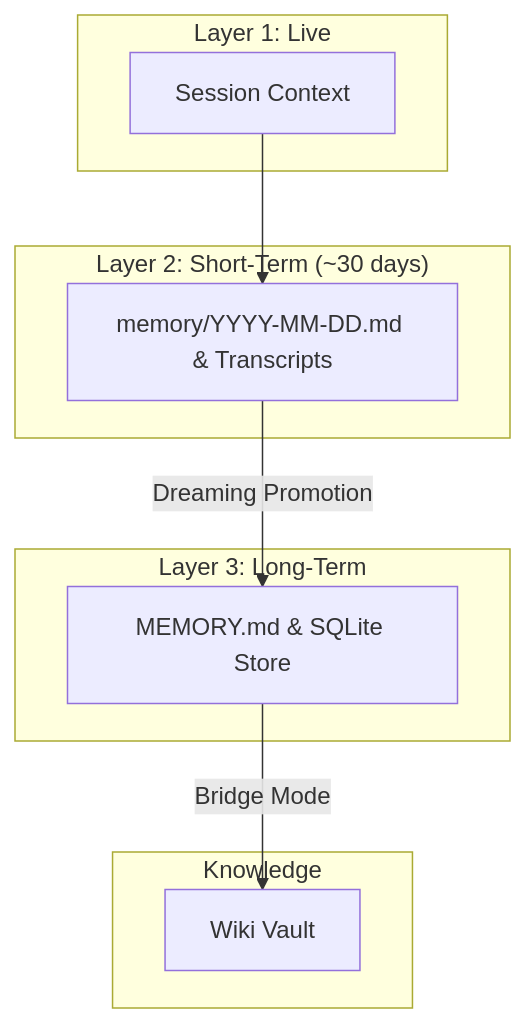
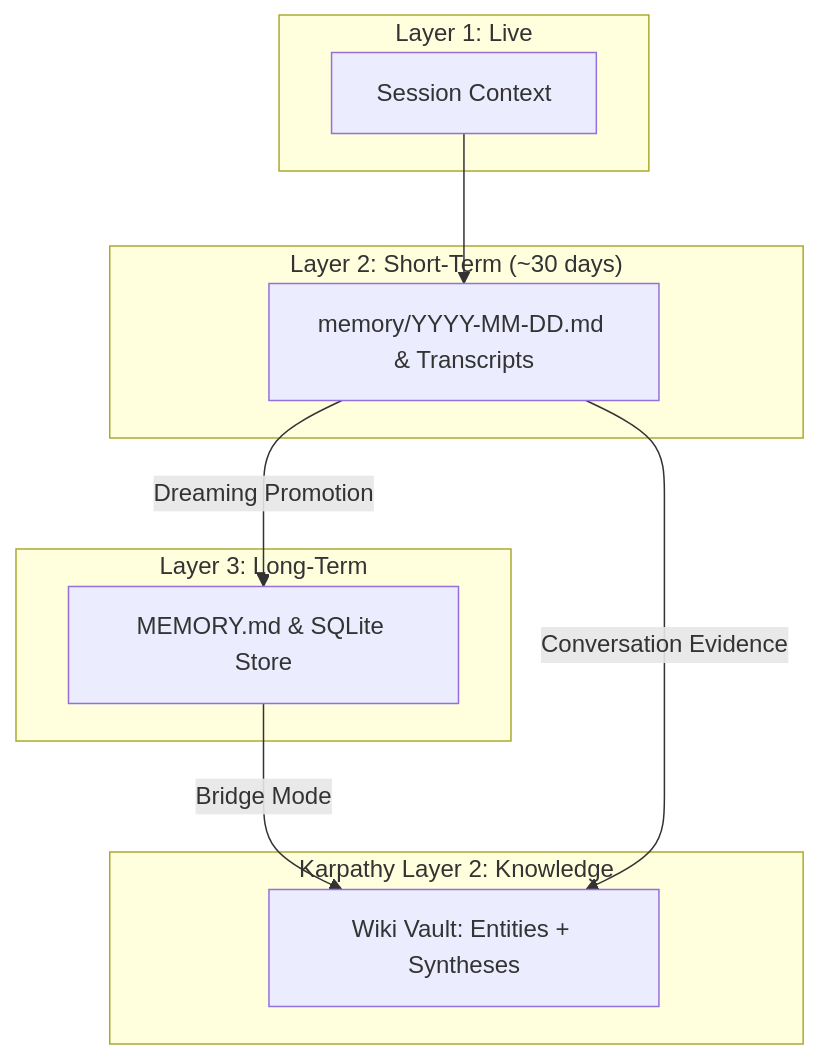
One commit to jimcadden/openclaw-memory-stack changed the first of 2 diagrams in README.md. Above: the diagram before and after it, drawn with Mermaid. The commit also changed other lines of this file and 5 other files, not shown here.

````diff
--- a/README.md
+++ b/README.md
@@ -15,22 +16,23 @@
 ```mermaid
 graph TD
     A[Session Context] --> B[Short-Term Memory]
     B -->|Dreaming Promotion| C[Long-Term Memory]
     C -->|Bridge Mode| D[Wiki Vault]
+    B -->|Conversation Evidence| D
 
     subgraph "Layer 1: Live"
     A
     end
 
     subgraph "Layer 2: Short-Term (~30 days)"
     B[memory/YYYY-MM-DD.md & Transcripts]
     end
 
     subgraph "Layer 3: Long-Term"
     C[MEMORY.md & SQLite Store]
     end
 
-    subgraph "Knowledge"
-    D[Wiki Vault]
+    subgraph "Karpathy Layer 2: Knowledge"
+    D[Wiki Vault: Entities + Syntheses]
     end
 ```
````
